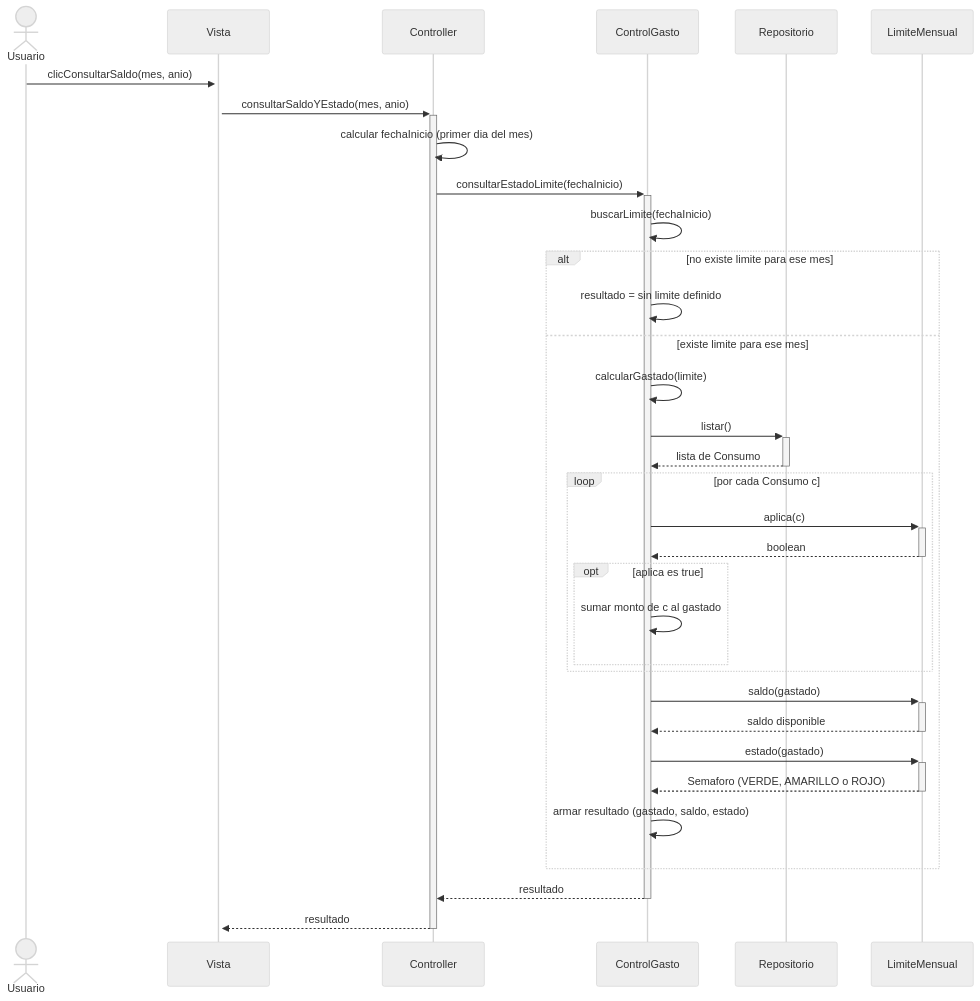
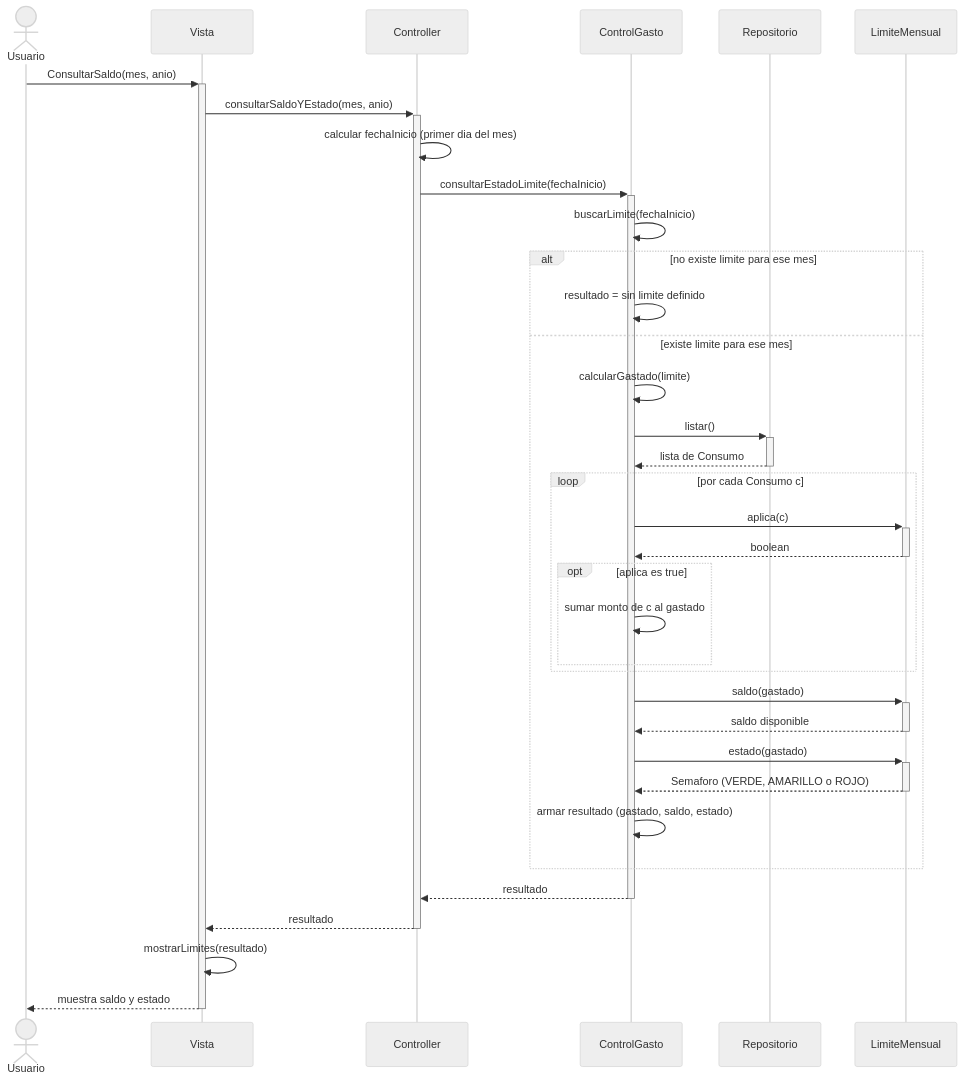
The diagram in Diagramas/CU6.md (morenastolerman/Gestor-de-gastos), drawn with Mermaid (neutral theme) before and after one commit.

Commit message:
Update method name from clicConsultarSaldo to ConsultarSaldo

````diff
--- a/Diagramas/CU6.md
+++ b/Diagramas/CU6.md
@@ -1,42 +1,46 @@
 ``` mermaid
 sequenceDiagram
     actor Usuario
     participant V as Vista
     participant C as Controller
     participant CG as ControlGasto
     participant R as Repositorio
     participant LM as LimiteMensual
 
-    Usuario->>+V: clicConsultarSaldo(mes, anio)
+    Usuario->>+V: ConsultarSaldo(mes, anio)
     V->>+C: consultarSaldoYEstado(mes, anio)
 
     C->>C: calcular fechaInicio (primer dia del mes)
     C->>+CG: consultarEstadoLimite(fechaInicio)
 
     CG->>CG: buscarLimite(fechaInicio)
 
     alt no existe limite para ese mes
         CG->>CG: resultado = sin limite definido
     else existe limite para ese mes
         CG->>CG: calcularGastado(limite)
         CG->>+R: listar()
         R-->>-CG: lista de Consumo
 
         loop por cada Consumo c
             CG->>+LM: aplica(c)
             LM-->>-CG: boolean
             opt aplica es true
                 CG->>CG: sumar monto de c al gastado
             end
         end
 
         CG->>+LM: saldo(gastado)
         LM-->>-CG: saldo disponible
         CG->>+LM: estado(gastado)
         LM-->>-CG: Semaforo (VERDE, AMARILLO o ROJO)
         CG->>CG: armar resultado (gastado, saldo, estado)
     end
 
     CG-->>-C: resultado
     C-->>-V: resultado
+
+
+    V->>V: mostrarLimites(resultado)
+    V-->>-Usuario: muestra saldo y estado
 ```
````
